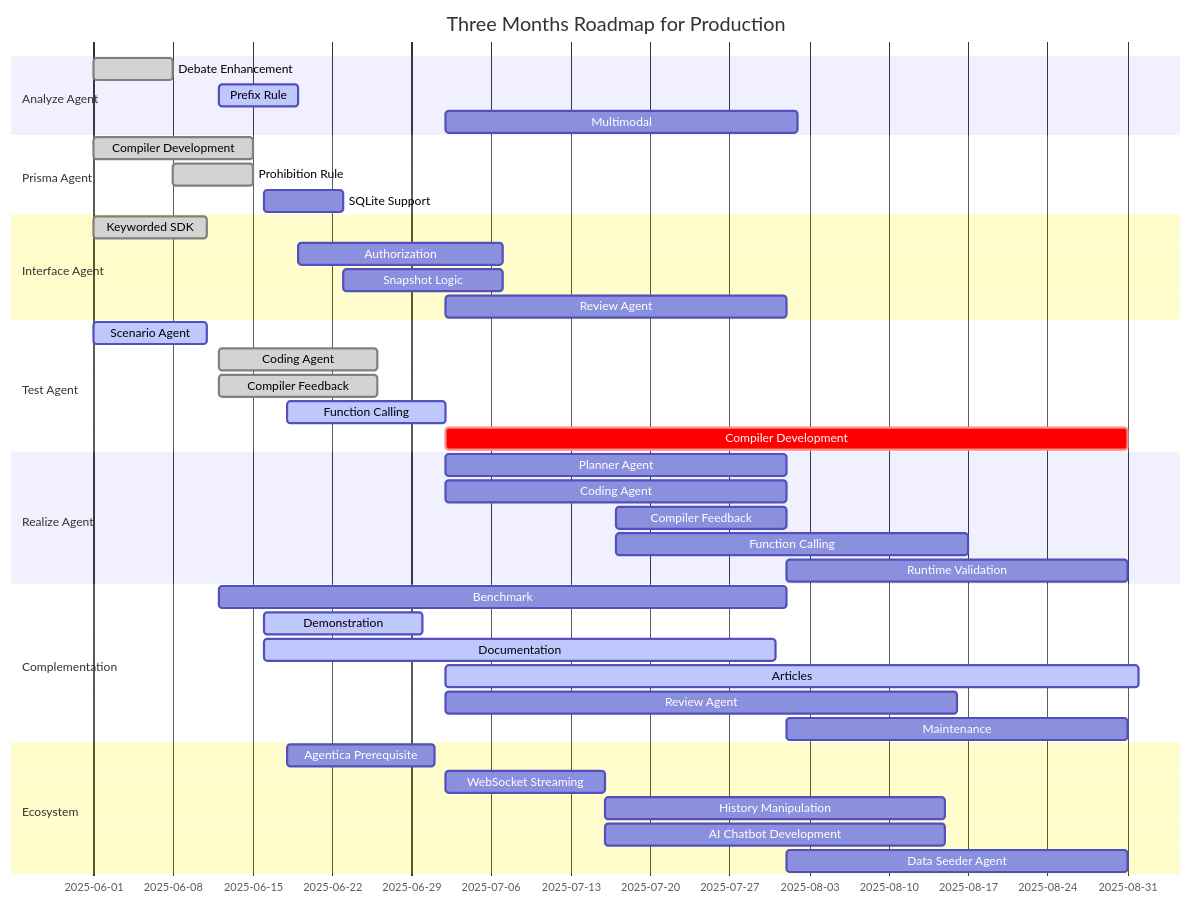
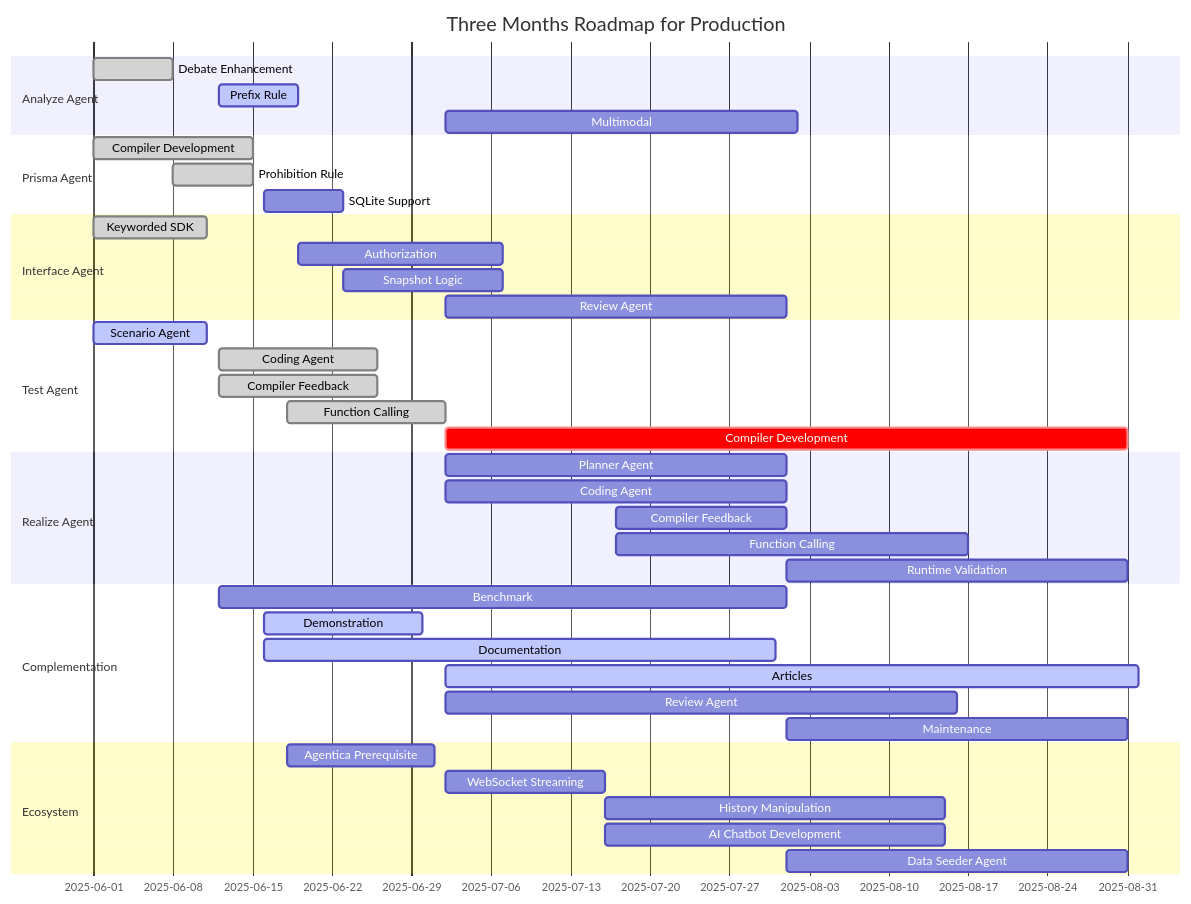
Before and after one commit to wrtnlabs/autobe: the third of 4 diagrams in README.md, drawn with Mermaid. The commit also changed 1 other file, not shown here.

Commit message:
Completed function calling

````diff
--- a/README.md
+++ b/README.md
@@ -217,50 +217,50 @@
 ```mermaid
 gantt
   dateFormat YYYY-MM-DD
   title Three Months Roadmap for Production
 
   section Analyze Agent
   Debate Enhancement: done,    2025-06-01,  7d
   Prefix Rule:          active,  2025-06-12,  7d
   Multimodal:           planned, 2025-07-02, 31d
 
   section Prisma Agent
   Compiler Development: done,    2025-06-01, 14d
   Prohibition Rule:     done,    2025-06-08,  7d
   SQLite Support:       planned, 2025-06-16,  7d
 
   section Interface Agent
   Keyworded SDK:  done,    2025-06-01, 10d
   Authorization:  planned, 2025-06-19, 18d
   Snapshot Logic: planned, 2025-06-23, 14d
   Review Agent:   planned, 2025-07-02, 30d
 
   section Test Agent
   Scenario Agent:       active, 2025-06-01, 10d        
   Coding Agent:         done,   2025-06-12, 14d
   Compiler Feedback:    done,   2025-06-12, 14d
-  Function Calling:     active, 2025-06-18, 14d
+  Function Calling:     done,   2025-06-18, 14d
   Compiler Development: crit,   2025-07-02, 60d
 
   section Realize Agent
   Planner Agent:      planned, 2025-07-02, 30d
   Coding Agent:       planned, 2025-07-02, 30d
   Compiler Feedback:  planned, 2025-07-17, 15d
   Function Calling:   planned, 2025-07-17, 31d
   Runtime Validation: planned, 2025-08-01, 30d
 
   section Complementation
   Benchmark:     planned, 2025-06-12, 50d
   Demonstration: active,  2025-06-16, 14d
   Documentation: active,  2025-06-16, 45d
   Articles:      active,  2025-07-02, 61d
   Review Agent:  planned, 2025-07-02, 45d
   Maintenance:   planned, 2025-08-01, 30d
 
   section Ecosystem
   Agentica Prerequisite:  planned, 2025-06-18, 13d
   WebSocket Streaming:    planned, 2025-07-02, 14d
   History Manipulation:   planned, 2025-07-16, 30d
   AI Chatbot Development: planned, 2025-07-16, 30d
   Data Seeder Agent:      planned, 2025-08-01, 30d
 ```
````
